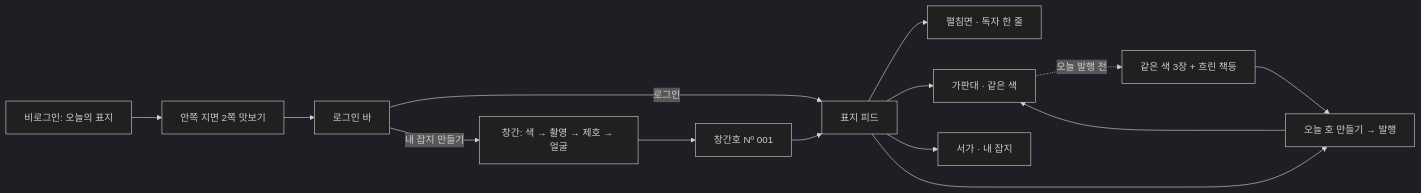
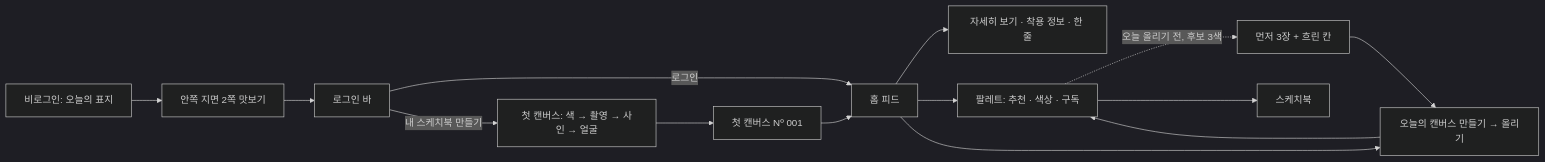
One commit to konga22/Esel changed the diagram in docs/ESEL_HARNESS.md. Above: the diagram before and after it, drawn with Mermaid (dark theme). The commit also changed other lines of this file and 5 other files, not shown here.

````diff
--- a/docs/ESEL_HARNESS.md
+++ b/docs/ESEL_HARNESS.md
@@ -239,16 +242,16 @@
 ```mermaid
 flowchart LR
     A["비로그인: 오늘의 표지"] --> B["안쪽 지면 2쪽 맛보기"]
     B --> C["로그인 바"]
-    C -->|"로그인"| F["표지 피드"]
-    C -->|"내 잡지 만들기"| D["창간: 색 → 촬영 → 제호 → 얼굴"]
-    D --> E["창간호 Nº 001"]
+    C -->|"로그인"| F["홈 피드"]
+    C -->|"내 스케치북 만들기"| D["첫 캔버스: 색 → 촬영 → 사인 → 얼굴"]
+    D --> E["첫 캔버스 Nº 001"]
     E --> F
-    F --> G["펼침면 · 독자 한 줄"]
-    F --> H["가판대 · 같은 색"]
-    H -.->|"오늘 발행 전"| K["같은 색 3장 + 흐린 책등"]
+    F --> G["자세히 보기 · 착용 정보 · 한 줄"]
+    F --> H["팔레트: 추천 · 색상 · 구독"]
+    H -.->|"오늘 올리기 전, 후보 3색"| K["먼저 3장 + 흐린 칸"]
     K --> J
-    F --> I["서가 · 내 잡지"]
-    F --> J["오늘 호 만들기 → 발행"]
+    H --> I["스케치북"]
+    F --> J["오늘의 캔버스 만들기 → 올리기"]
     J --> H
 ```
````
